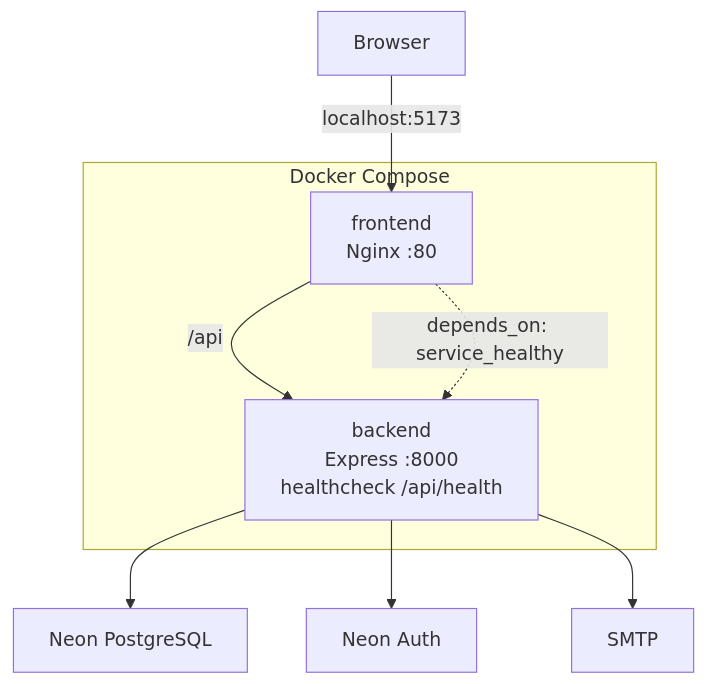
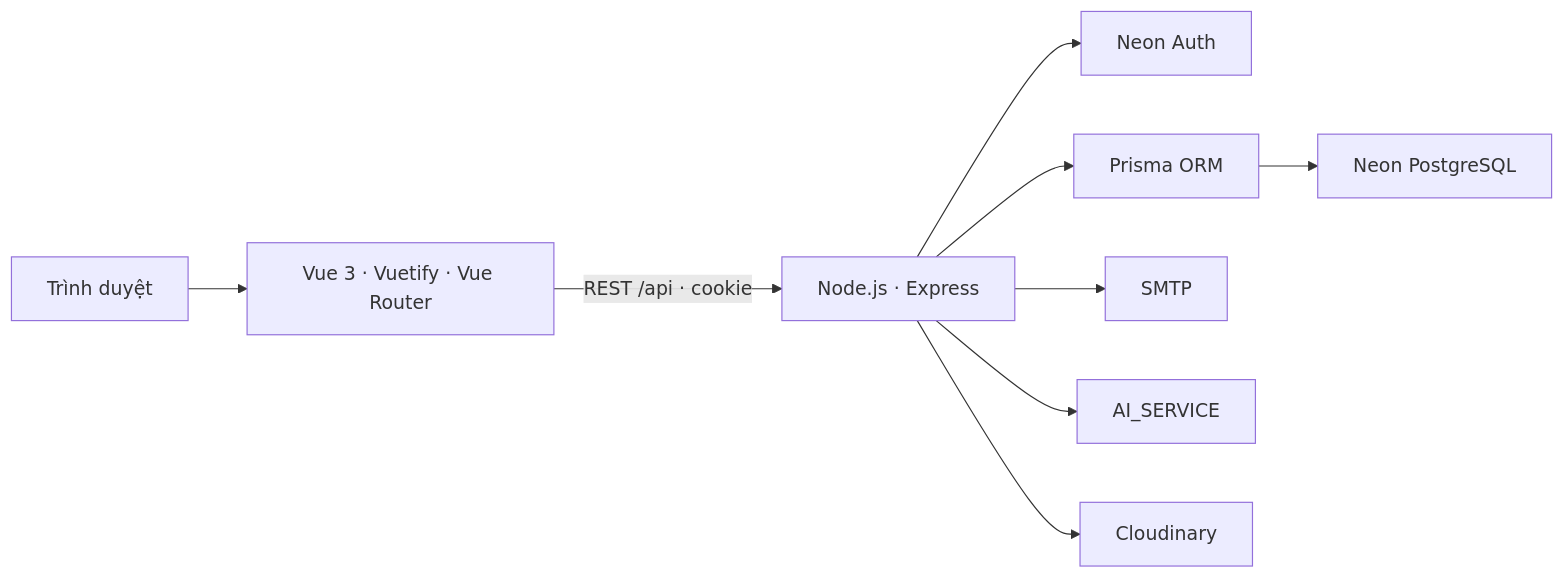
Before and after one commit to Mon0205/ChillShrimp_GROUP: the diagram in docs/02-architecture/ARCHITECTURE.md, drawn with Mermaid. The commit also changed other lines of this file and 290 other files, not shown here.

````diff
--- a/docs/02-architecture/ARCHITECTURE.md
+++ b/docs/02-architecture/ARCHITECTURE.md
@@ -66,18 +7,11 @@
 ```mermaid
-flowchart TB
-    browser["Browser"]
-    subgraph docker["Docker Compose"]
-        fe["frontend\nNginx :80"]
-        be["backend\nExpress :8000\nhealthcheck /api/health"]
-    end
-    db["Neon PostgreSQL"]
-    auth["Neon Auth"]
-    mail["SMTP"]
-
-    browser -->|localhost:5173| fe
-    fe -->|/api| be
-    be --> db
-    be --> auth
-    be --> mail
-    fe -.depends_on: service_healthy.-> be
+flowchart LR
+    browser[Trình duyệt] --> fe[Vue 3 · Vuetify · Vue Router]
+    fe -->|REST /api · cookie| be[Node.js · Express]
+    be --> auth[Neon Auth]
+    be --> prisma[Prisma ORM]
+    prisma --> db[Neon PostgreSQL]
+    be --> mail[SMTP]
+    be --> ai[AI_SERVICE]
+    be --> media[Cloudinary]
 ```
````
